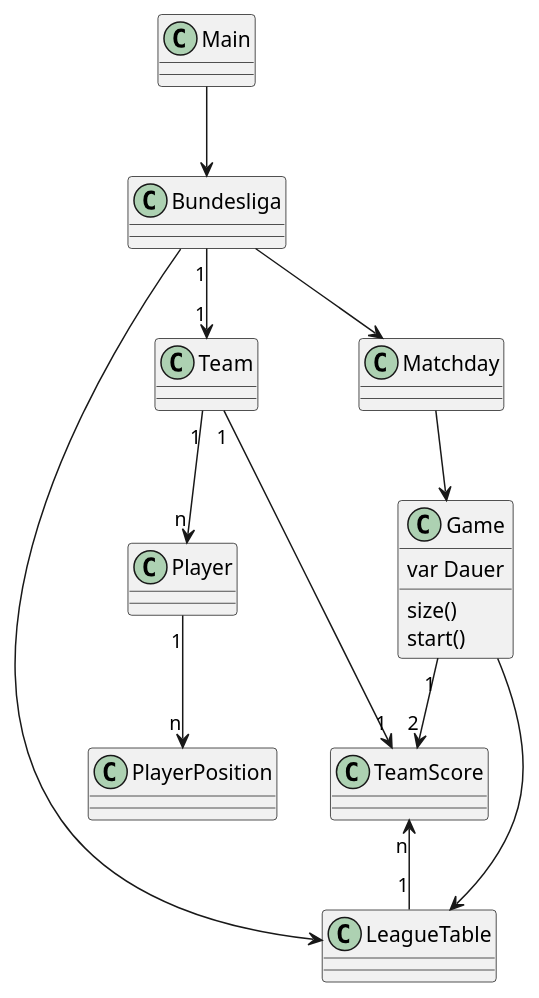
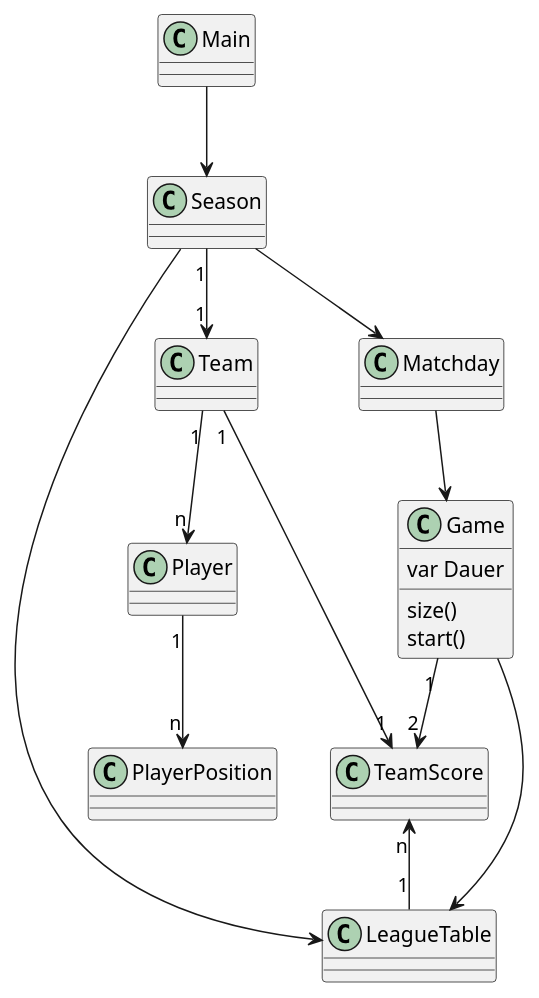
The diagram in src/Class.puml (stefandotl/TerminalFootballManager), drawn with PlantUML before and after one commit. The commit also changed 15 other files, not shown here.

Commit message:
Bundesliga to Season renamed, generateMatches added

```diff
--- a/src/Class.puml
+++ b/src/Class.puml
@@ -1,32 +1,32 @@
 @startuml
 'https://plantuml.com/class-diagram
 
 class Main
-class Bundesliga
+class Season
 class Game
 class Team
 class TeamScore
 
-Bundesliga "1"-->"1" Team
-Bundesliga --> LeagueTable
-Bundesliga --> Matchday
+Season "1"-->"1" Team
+Season --> LeagueTable
+Season --> Matchday
 Matchday --> Game
 Team "1"-->"n" Player
 Team "1"-->"1" TeamScore
 TeamScore "n"<--"1" LeagueTable
 'LeagueTable "1"<--"n" TeamScore
 Player "1"-->"n" PlayerPosition
 Game "1"-->"2" TeamScore
-Main --> Bundesliga
+Main --> Season
 Game --> LeagueTable
 
 class Game {
 var Dauer
 size()
 start()
 }
 
 
 
 
 @enduml
```
